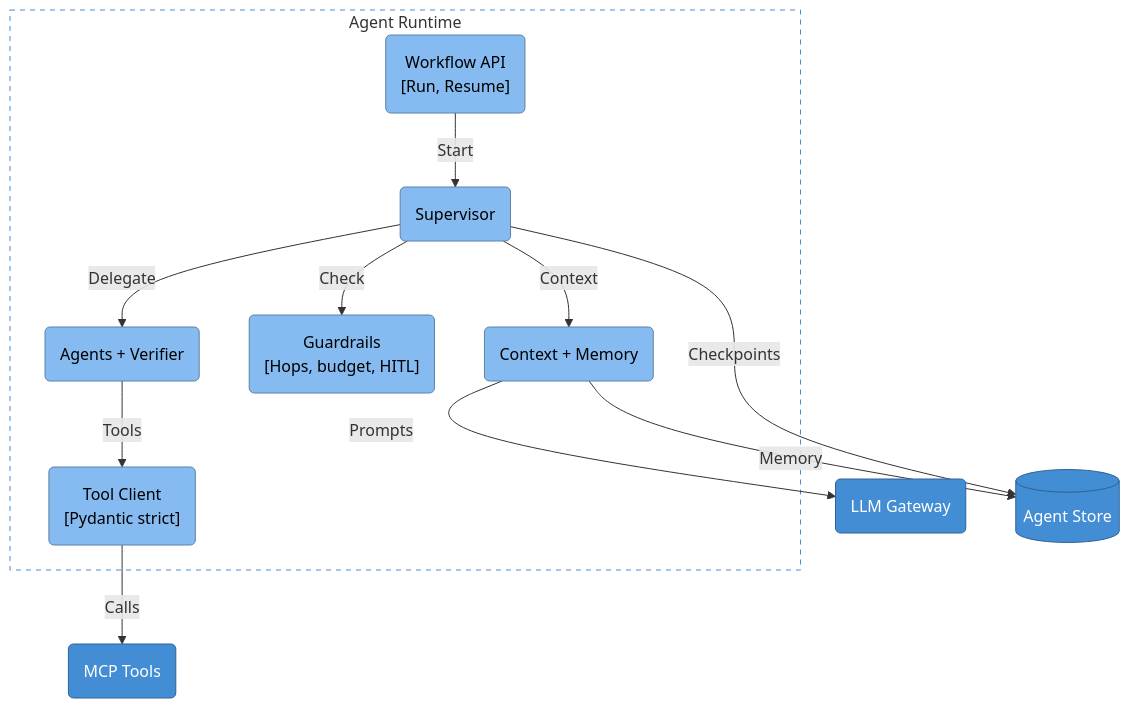
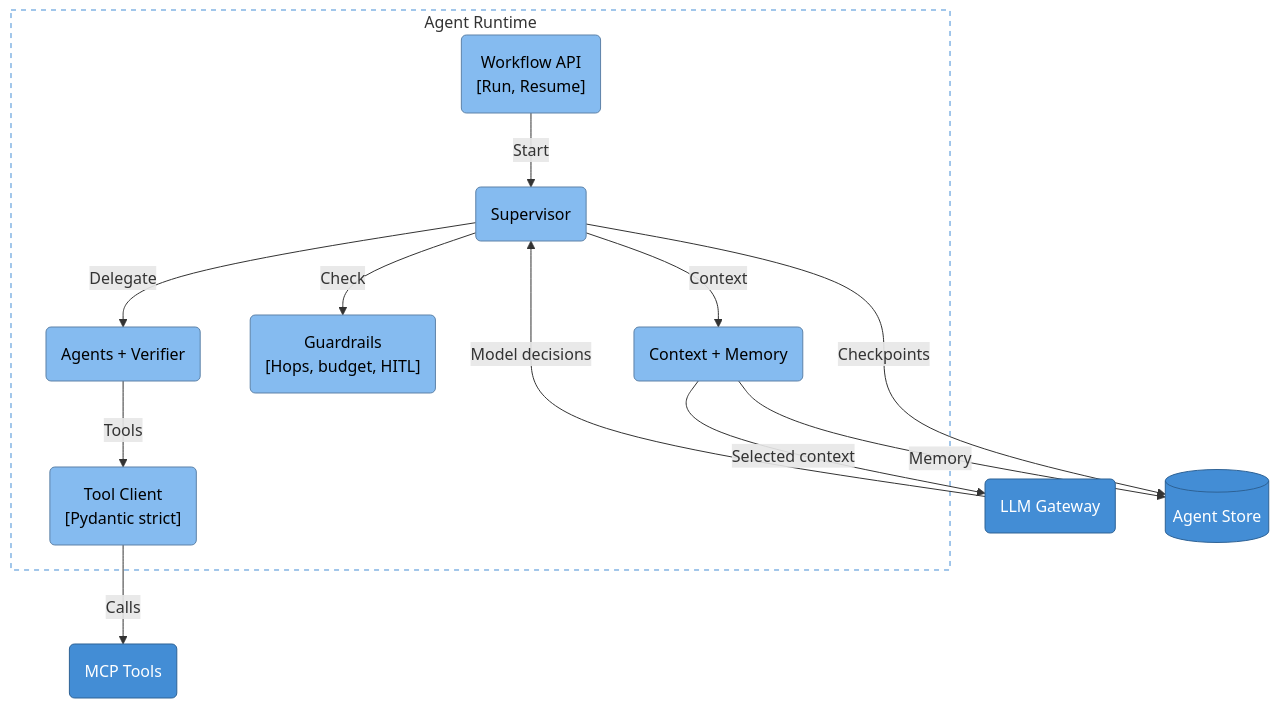
One commit to ghinta/coding-agent changed the fourth of 5 diagrams in remote-inference-agent-on-prem.md. Above: the diagram before and after it, drawn with Mermaid. The commit also changed other lines of this file and 4 other files, not shown here.

````diff
--- a/remote-inference-agent-on-prem.md
+++ b/remote-inference-agent-on-prem.md
@@ -131,34 +183,35 @@
 ```mermaid
 flowchart TB
     subgraph runtime ["Agent Runtime"]
         wf("Workflow API<br/>[Run, Resume]")
         sup("Supervisor")
         agents("Agents + Verifier")
         guard("Guardrails<br/>[Hops, budget, HITL]")
         ctx("Context + Memory")
         tools("Tool Client<br/>[Pydantic strict]")
     end
 
     gw("LLM Gateway")
     store[("Agent Store")]
     mcp("MCP Tools")
 
     wf -->|Start| sup
     sup -->|Check| guard
     sup -->|Delegate| agents
     sup -->|Context| ctx
     sup -->|Checkpoints| store
     ctx -->|Memory| store
-    ctx -->|Prompts| gw
+    ctx -->|Selected context| gw
+    gw -->|Model decisions| sup
     agents -->|Tools| tools
     tools -->|Calls| mcp
 
     classDef person fill:#08427b,stroke:#052e56,color:#fff
     classDef system fill:#1168bd,stroke:#0b4884,color:#fff
     classDef container fill:#438dd5,stroke:#2e6295,color:#fff
     classDef component fill:#85bbf0,stroke:#5d82a8,color:#000
     classDef ext fill:#8a8a8a,stroke:#6b6b6b,color:#fff
     class wf,sup,agents,guard,ctx,tools component
     class gw,store,mcp container
     style runtime fill:none,stroke:#438dd5,stroke-dasharray:5 5
 ```
````
